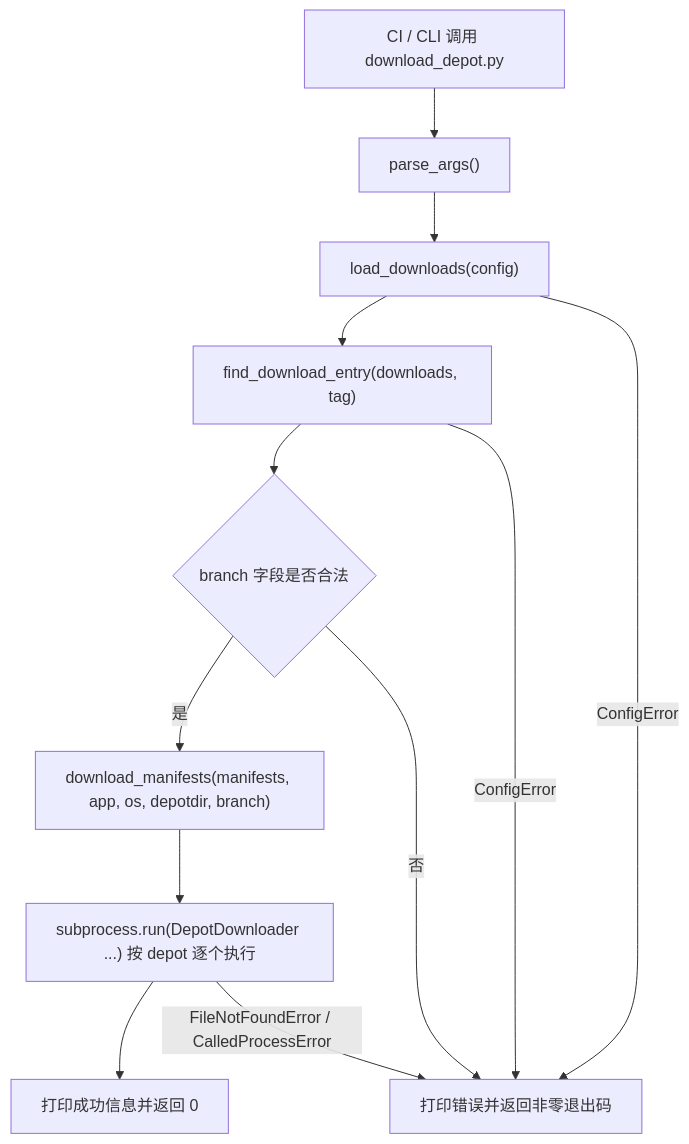
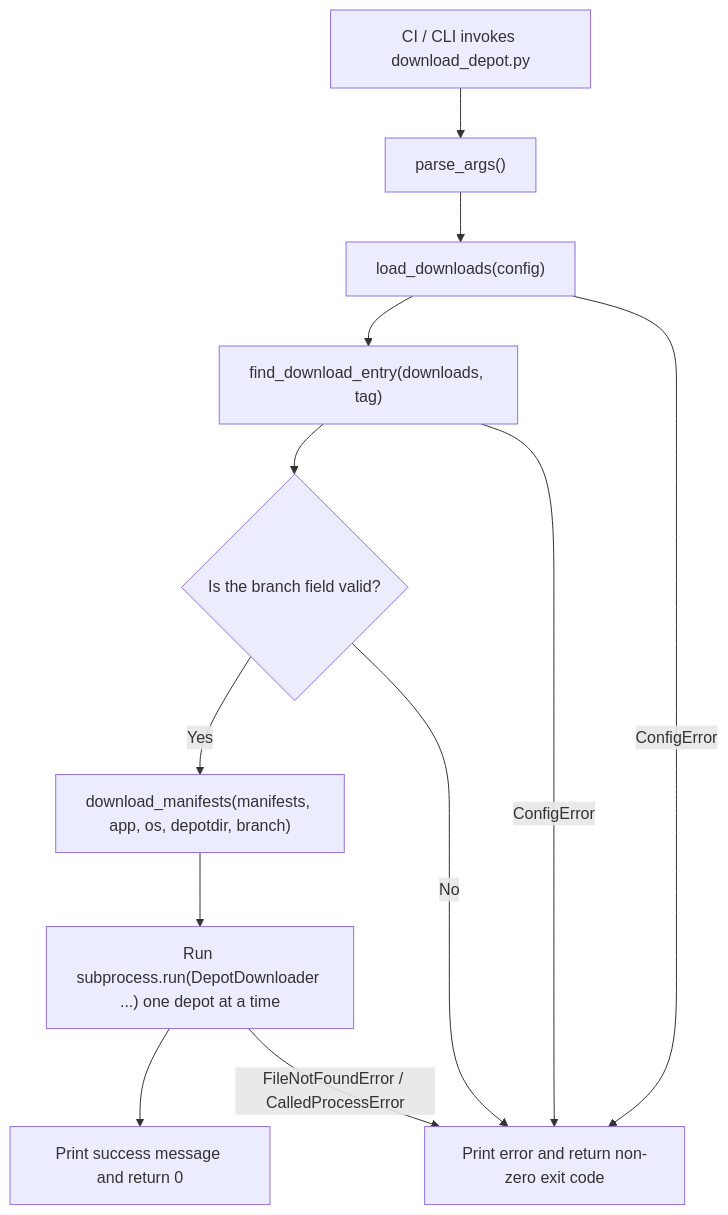
One commit to HLND2T/CS2_VibeSignatures changed the diagram in .serena/memories/download_depot.md. Above: the diagram before and after it, drawn with Mermaid. The commit also changed other lines of this file and 8 other files, not shown here.

````diff
--- a/.serena/memories/download_depot.md
+++ b/.serena/memories/download_depot.md
@@ -28,24 +28,24 @@
 ```mermaid
 flowchart TD
-A["CI / CLI 调用 download_depot.py"]
+A["CI / CLI invokes download_depot.py"]
 B["parse_args()"]
 C["load_downloads(config)"]
 D["find_download_entry(downloads, tag)"]
-E{"branch 字段是否合法"}
+E{"Is the branch field valid?"}
 F["download_manifests(manifests, app, os, depotdir, branch)"]
-G["subprocess.run(DepotDownloader ...) 按 depot 逐个执行"]
-H["打印成功信息并返回 0"]
-I["打印错误并返回非零退出码"]
+G["Run subprocess.run(DepotDownloader ...) one depot at a time"]
+H["Print success message and return 0"]
+I["Print error and return non-zero exit code"]
 
 A --> B
 B --> C
 C --> D
 D --> E
-E -->|是| F
+E -->|Yes| F
 F --> G
 G --> H
 C -->|ConfigError| I
 D -->|ConfigError| I
-E -->|否| I
+E -->|No| I
 G -->|FileNotFoundError / CalledProcessError| I
 ```
````
